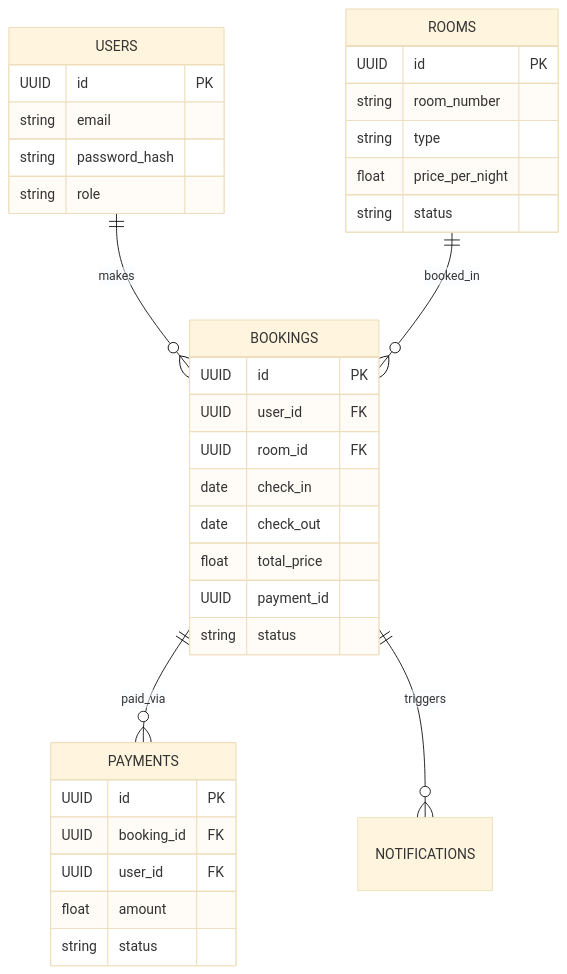
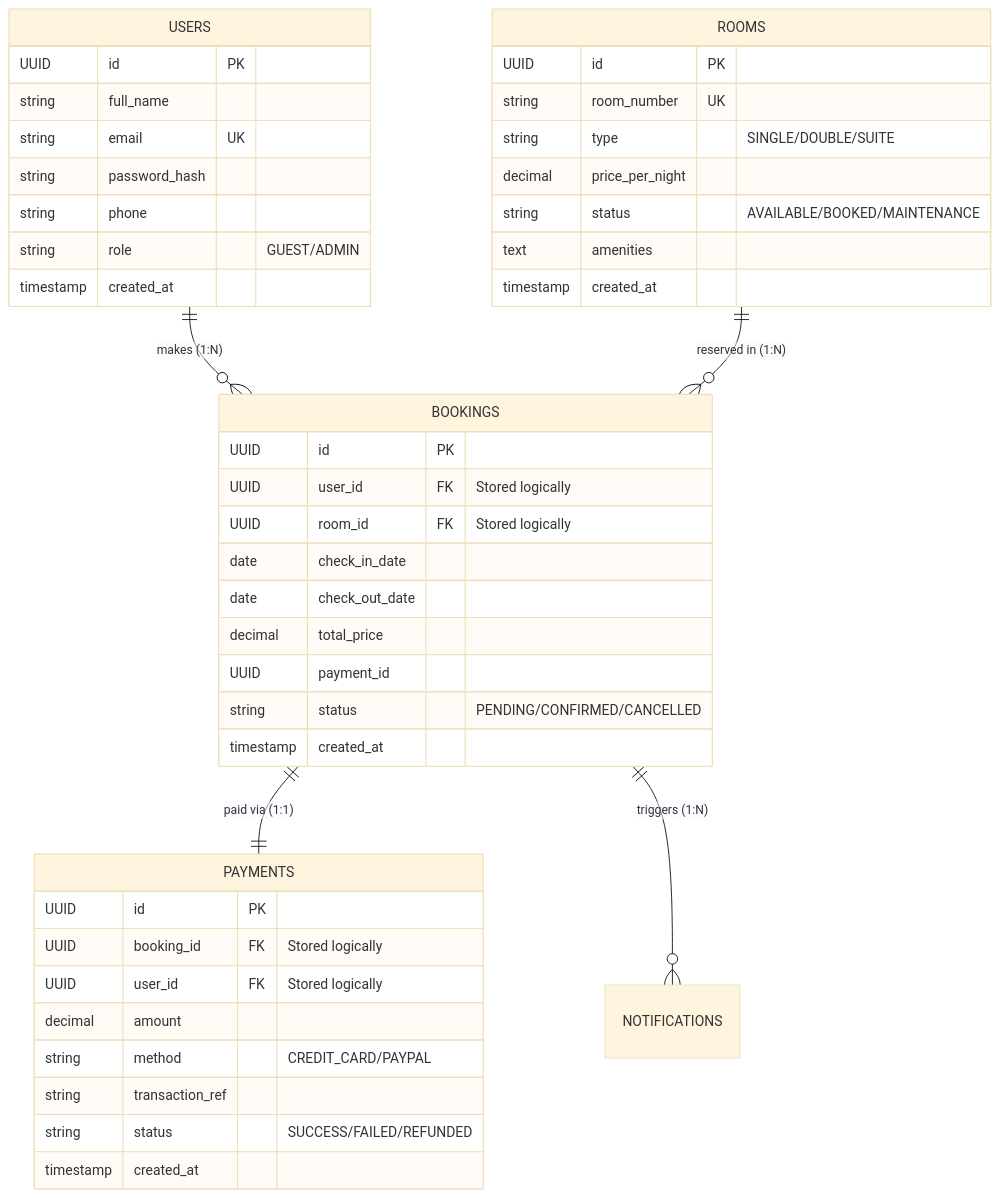
One commit to DUYSKY12/ex changed the fifth of 5 diagrams in docs/analysis-and-design.md. Above: the diagram before and after it, drawn with Mermaid (base theme). The commit also changed other lines of this file, not shown here.

````diff
--- a/docs/analysis-and-design.md
+++ b/docs/analysis-and-design.md
@@ -209,41 +296,50 @@
 ```mermaid
 erDiagram
-    USERS ||--o{ BOOKINGS : makes
-    ROOMS ||--o{ BOOKINGS : booked_in
-    BOOKINGS ||--o{ PAYMENTS : paid_via
-    BOOKINGS ||--o{ NOTIFICATIONS : triggers
+    USERS ||--o{ BOOKINGS : "makes (1:N)"
+    ROOMS ||--o{ BOOKINGS : "reserved in (1:N)"
+    BOOKINGS ||--|| PAYMENTS : "paid via (1:1)"
+    BOOKINGS ||--o{ NOTIFICATIONS : "triggers (1:N)"
     
     USERS {
         UUID id PK
-        string email
+        string full_name
+        string email UK
         string password_hash
-        string role
+        string phone
+        string role "GUEST/ADMIN"
+        timestamp created_at
     }
     
     ROOMS {
         UUID id PK
-        string room_number
-        string type
-        float price_per_night
-        string status
+        string room_number UK
+        string type "SINGLE/DOUBLE/SUITE"
+        decimal price_per_night
+        string status "AVAILABLE/BOOKED/MAINTENANCE"
+        text amenities
+        timestamp created_at
     }
     
     BOOKINGS {
         UUID id PK
-        UUID user_id FK
-        UUID room_id FK
-        date check_in
-        date check_out
-        float total_price
+        UUID user_id FK "Stored logically"
+        UUID room_id FK "Stored logically"
+        date check_in_date
+        date check_out_date
+        decimal total_price
         UUID payment_id
-        string status
+        string status "PENDING/CONFIRMED/CANCELLED"
+        timestamp created_at
     }
     
     PAYMENTS {
         UUID id PK
-        UUID booking_id FK
-        UUID user_id FK
-        float amount
-        string status
+        UUID booking_id FK "Stored logically"
+        UUID user_id FK "Stored logically"
+        decimal amount
+        string method "CREDIT_CARD/PAYPAL"
+        string transaction_ref
+        string status "SUCCESS/FAILED/REFUNDED"
+        timestamp created_at
     }
 ```
````
